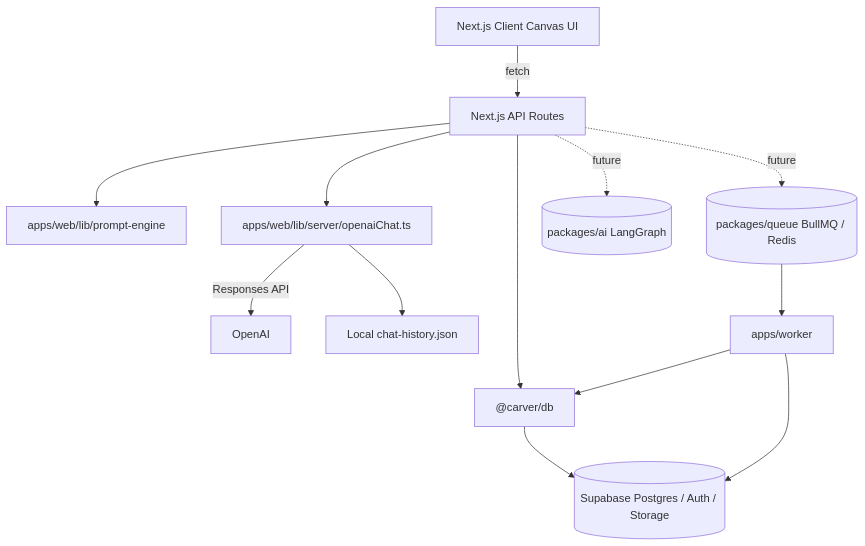
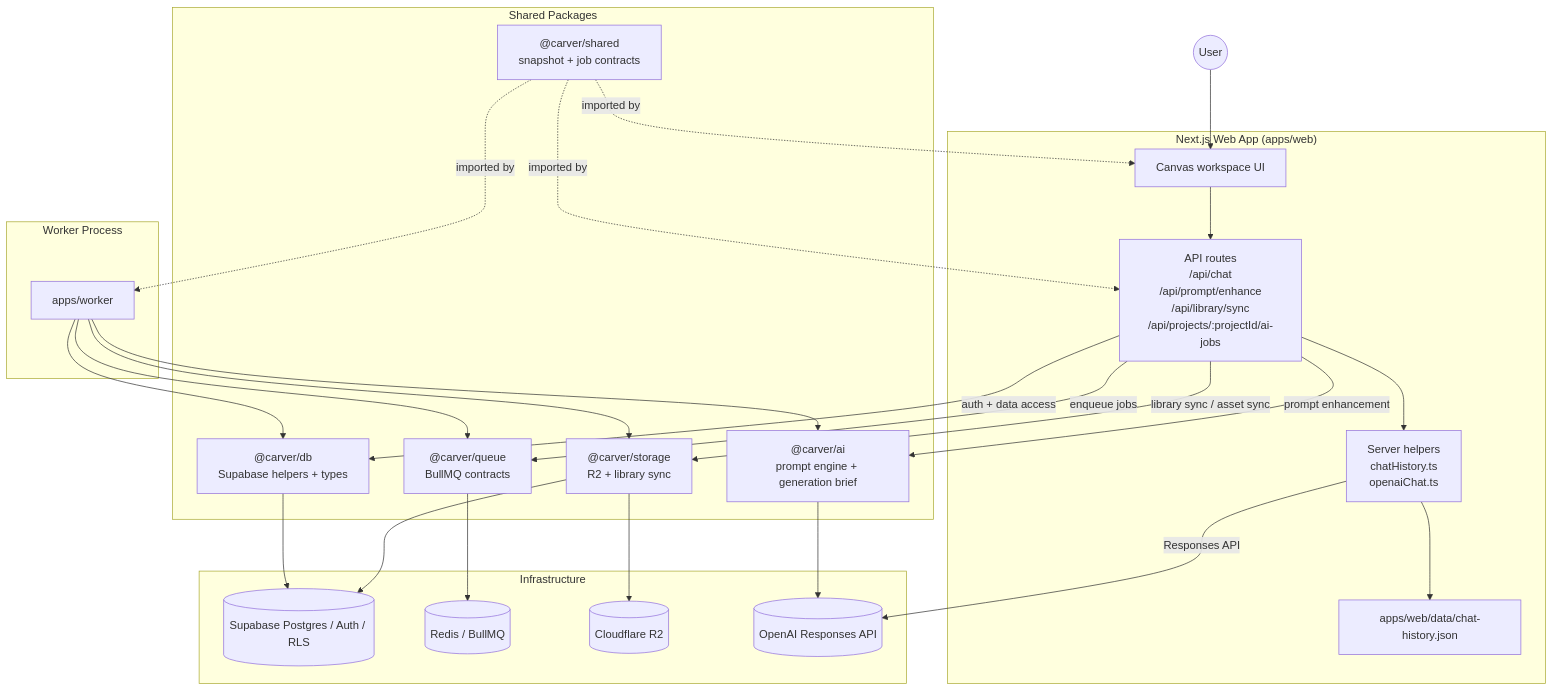
The diagram in README.md (nghiaiuh/Carver-AI), drawn with Mermaid before and after one commit. The commit also changed other lines of this file, not shown here.

````diff
--- a/README.md
+++ b/README.md
@@ -88,26 +88,52 @@
 ```mermaid
 flowchart TD
-  Client[Next.js Client Canvas UI]
-  ServerRoutes[Next.js API Routes]
-  PromptEngine[apps/web/lib/prompt-engine]
-  ChatService[apps/web/lib/server/openaiChat.ts]
-  ChatHistory[Local chat-history.json]
-  DBPackage["@carver/db"]
-  Supabase[(Supabase Postgres / Auth / Storage)]
-  AI[(packages/ai LangGraph)]
-  Queue[(packages/queue BullMQ / Redis)]
-  Worker[apps/worker]
+  User(("User"))
 
-  Client -->|fetch| ServerRoutes
-  ServerRoutes --> PromptEngine
-  ServerRoutes --> ChatService
-  ChatService -->|Responses API| OpenAI[OpenAI]
-  ChatService --> ChatHistory
-  ServerRoutes --> DBPackage
-  DBPackage --> Supabase
-  ServerRoutes -. future .-> AI
-  ServerRoutes -. future .-> Queue
-  Queue --> Worker
-  Worker --> DBPackage
-  Worker --> Supabase
+  subgraph "Next.js Web App (apps/web)"
+    CanvasUI["Canvas workspace UI"]
+    ApiRoutes["API routes\n/api/chat\n/api/prompt/enhance\n/api/library/sync\n/api/projects/:projectId/ai-jobs"]
+    WebHelpers["Server helpers\nchatHistory.ts\nopenaiChat.ts"]
+    LocalHistory["apps/web/data/chat-history.json"]
+  end
+
+  subgraph "Shared Packages"
+    Shared["@carver/shared\nsnapshot + job contracts"]
+    DB["@carver/db\nSupabase helpers + types"]
+    AI["@carver/ai\nprompt engine + generation brief"]
+    Queue["@carver/queue\nBullMQ contracts"]
+    Storage["@carver/storage\nR2 + library sync"]
+  end
+
+  subgraph "Worker Process"
+    Worker["apps/worker"]
+  end
+
+  subgraph "Infrastructure"
+    Supabase[(Supabase Postgres / Auth / RLS)]
+    Redis[(Redis / BullMQ)]
+    R2[(Cloudflare R2)]
+    OpenAI[(OpenAI Responses API)]
+  end
+
+  User --> CanvasUI
+  CanvasUI --> ApiRoutes
+  ApiRoutes --> WebHelpers
+  WebHelpers -->|Responses API| OpenAI
+  WebHelpers --> LocalHistory
+  ApiRoutes -->|auth + data access| DB
+  ApiRoutes -->|prompt enhancement| AI
+  ApiRoutes -->|enqueue jobs| Queue
+  ApiRoutes -->|library sync / asset sync| Storage
+  DB --> Supabase
+  Queue --> Redis
+  Storage --> R2
+  Storage --> Supabase
+  Worker --> Queue
+  Worker --> AI
+  Worker --> DB
+  Worker --> Storage
+  AI --> OpenAI
+  Shared -. imported by .-> CanvasUI
+  Shared -. imported by .-> ApiRoutes
+  Shared -. imported by .-> Worker
 ```
````
